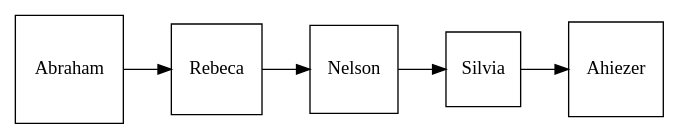
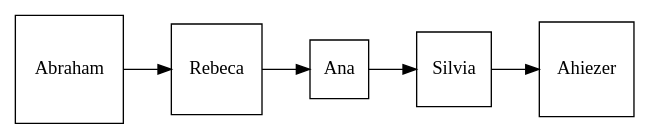
The diagram in postorder.dot (AhiezerRamirez/EDD_1S2020_PY1_201709062), drawn with Graphviz before and after one commit. The commit also changed 33 other files, not shown here.

```diff
--- a/postorder.dot
+++ b/postorder.dot
@@ -1,5 +1,5 @@
 digraph G {
  node [shape = square]; 
  graph [rankdir=LR];
-Abraham -> Rebeca -> Nelson -> Silvia -> Ahiezer 
+Abraham -> Rebeca -> Ana -> Silvia -> Ahiezer 
 }
```
